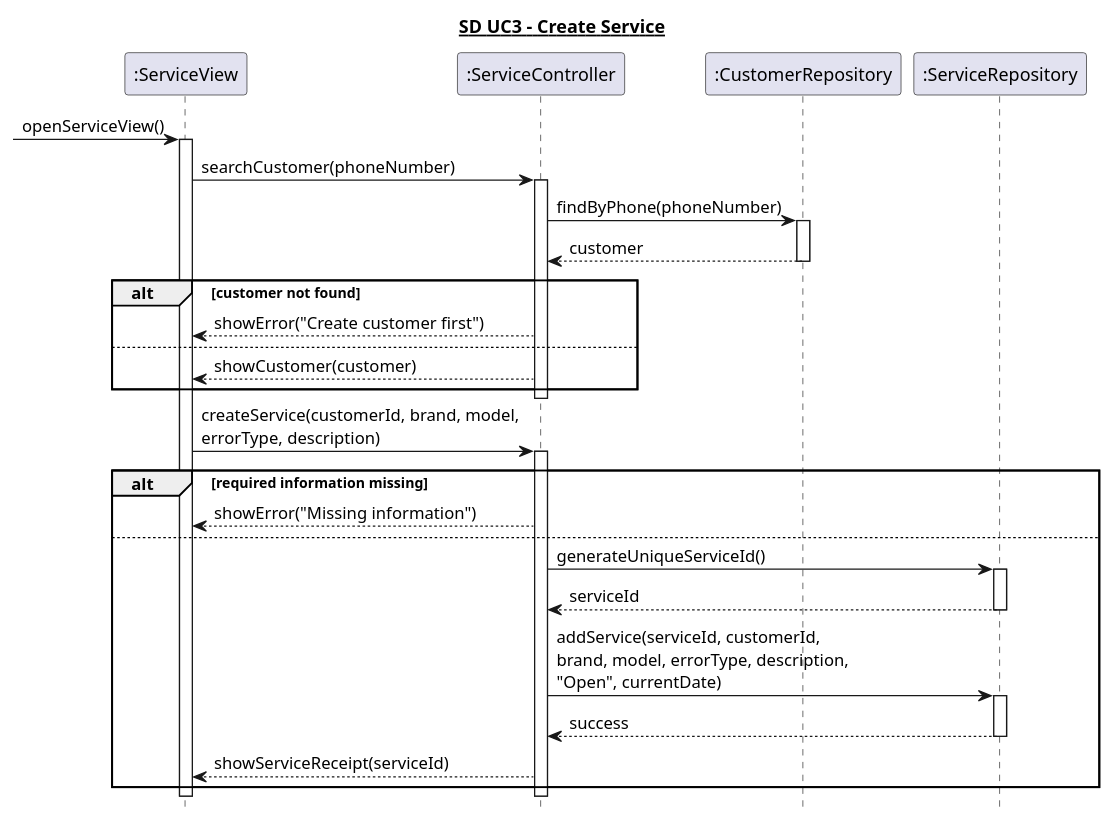
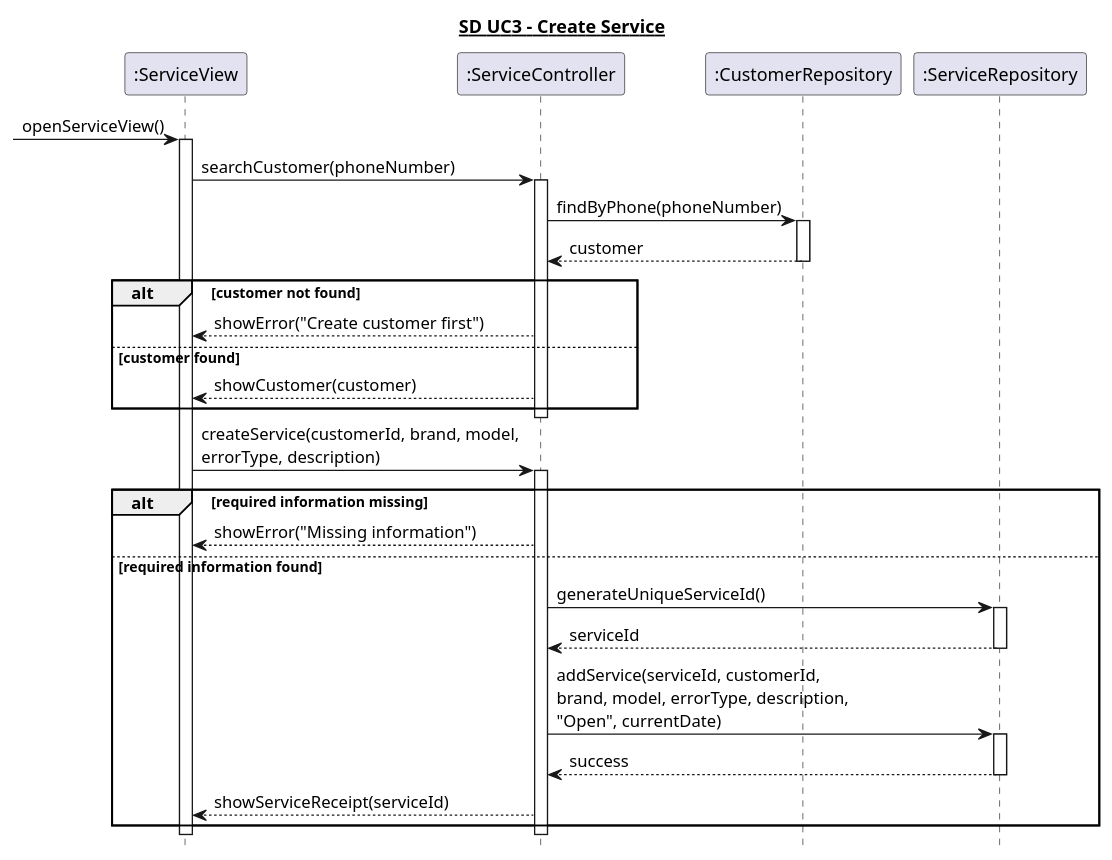
The diagram in 6. Sekvensdiagrammer/UC3_opret_service.puml (Zoabz/Getting-Real), drawn with PlantUML before and after one commit. The commit also changed 15 other files, not shown here.

```diff
--- a/6. Sekvensdiagrammer/UC3_opret_service.puml
+++ b/6. Sekvensdiagrammer/UC3_opret_service.puml
@@ -1,52 +1,52 @@
 @startuml
 hide footbox
 title <U>SD UC3 - Create Service
 
 participant ":ServiceView" as View
 participant ":ServiceController" as Controller
 participant ":CustomerRepository" as Customers
 participant ":ServiceRepository" as Services
 
 [-> View : openServiceView()
 activate View
 
 View -> Controller : searchCustomer(phoneNumber)
 activate Controller
 
 Controller -> Customers : findByPhone(phoneNumber)
 activate Customers
 Customers --> Controller : customer
 deactivate Customers
 
 alt customer not found
     Controller --> View : showError("Create customer first")
-else 
+else customer found
     Controller --> View : showCustomer(customer)
 end
 
 deactivate Controller
 
 View -> Controller : createService(customerId, brand, model,\nerrorType, description)
 activate Controller
 
 alt required information missing
     Controller --> View : showError("Missing information")
 
-else 
+else required information found
     Controller -> Services : generateUniqueServiceId()
     activate Services
     Services --> Controller : serviceId
     deactivate Services
 
     Controller -> Services : addService(serviceId, customerId,\nbrand, model, errorType, description,\n"Open", currentDate)
     activate Services
     Services --> Controller : success
     deactivate Services
 
     Controller --> View : showServiceReceipt(serviceId)
 end
 
 deactivate Controller
 deactivate View
 
 @enduml
```
